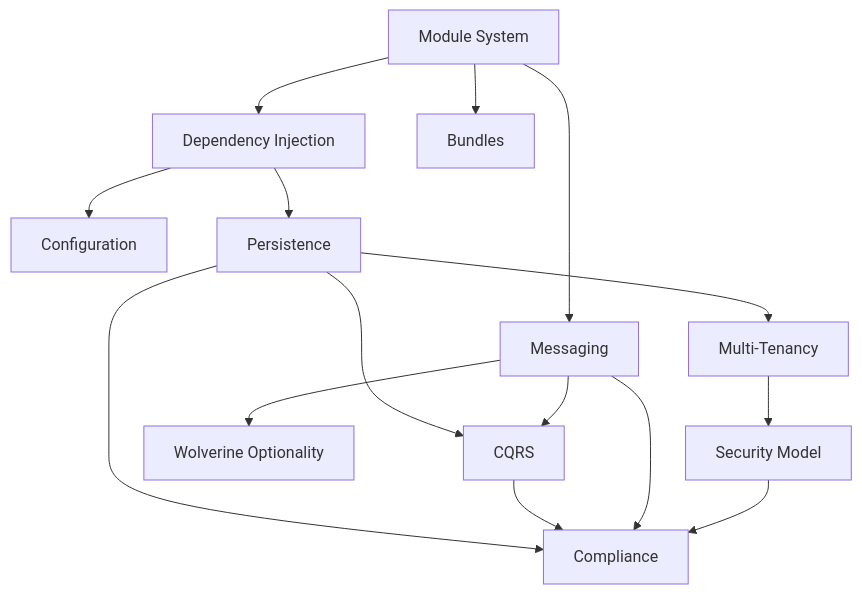
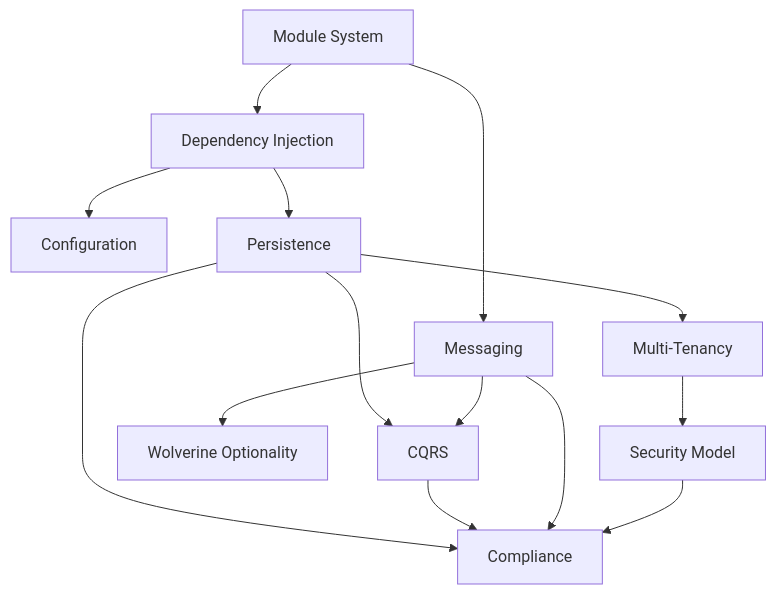
Before and after one commit to granit-fx/granit-dotnet: the diagram in docs-site/src/content/docs/dotnet/concepts/index.md, drawn with Mermaid.

Commit message:
docs: remove Bundles from concepts connection diagram
Bundles is a packaging mechanism, not a concept that connects to others
in the mental model. It has no outgoing edges and adds noise to the diagram.

````diff
--- a/docs-site/src/content/docs/dotnet/concepts/index.md
+++ b/docs-site/src/content/docs/dotnet/concepts/index.md
@@ -19,17 +19,16 @@
 ```mermaid
 graph TD
     MS[Module System] --> DI[Dependency Injection]
-    MS --> Bundles
     DI --> Config[Configuration]
     DI --> P[Persistence]
     P --> CQRS[CQRS]
     P --> MT[Multi-Tenancy]
     P --> C[Compliance]
     CQRS --> C
     MS --> Msg[Messaging]
     Msg --> CQRS
     Msg --> WO[Wolverine Optionality]
     Msg --> C
     MT --> SM[Security Model]
     SM --> C
 ```
````
